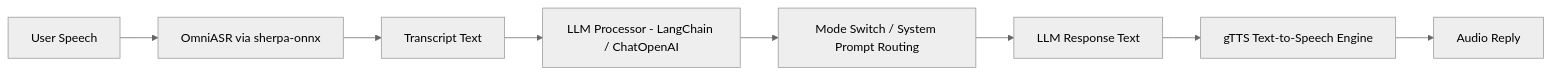
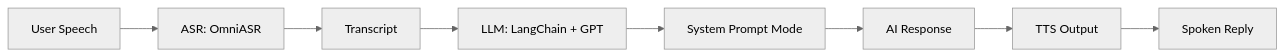
One commit to BoydBLever/Omnilingual-Voice-Bot changed the diagram in README.md. Above: the diagram before and after it, drawn with Mermaid (neutral theme).

````diff
--- a/README.md
+++ b/README.md
@@ -61,10 +61,10 @@
 ```mermaid
 flowchart LR
-    A[User Speech] --> B[OmniASR via sherpa-onnx]
-    B --> C[Transcript Text]
-    C --> D[LLM Processor - LangChain / ChatOpenAI]
-    D --> E[Mode Switch / System Prompt Routing]
-    E --> F[LLM Response Text]
-    F --> G[gTTS Text-to-Speech Engine]
-    G --> H[Audio Reply]
+    A[User Speech] --> B[ASR: OmniASR]
+    B --> C[Transcript]
+    C --> D[LLM: LangChain + GPT]
+    D --> E[System Prompt Mode]
+    E --> F[AI Response]
+    F --> G[TTS Output]
+    G --> H[Spoken Reply]
 ```
````
